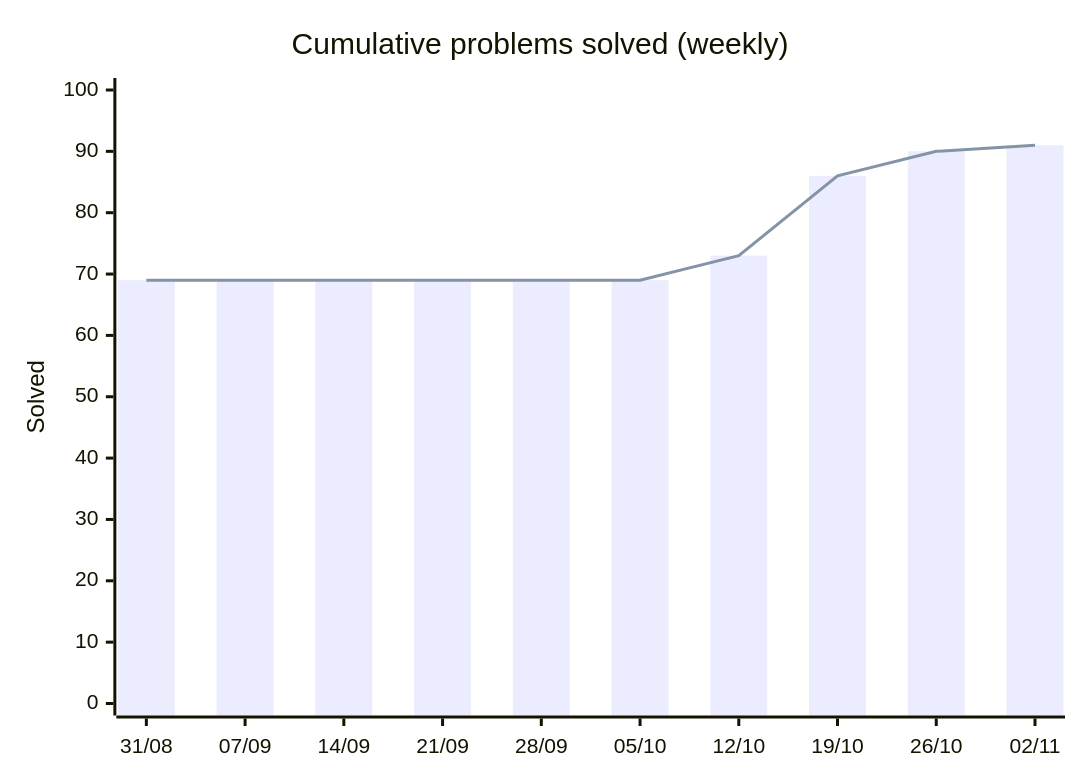
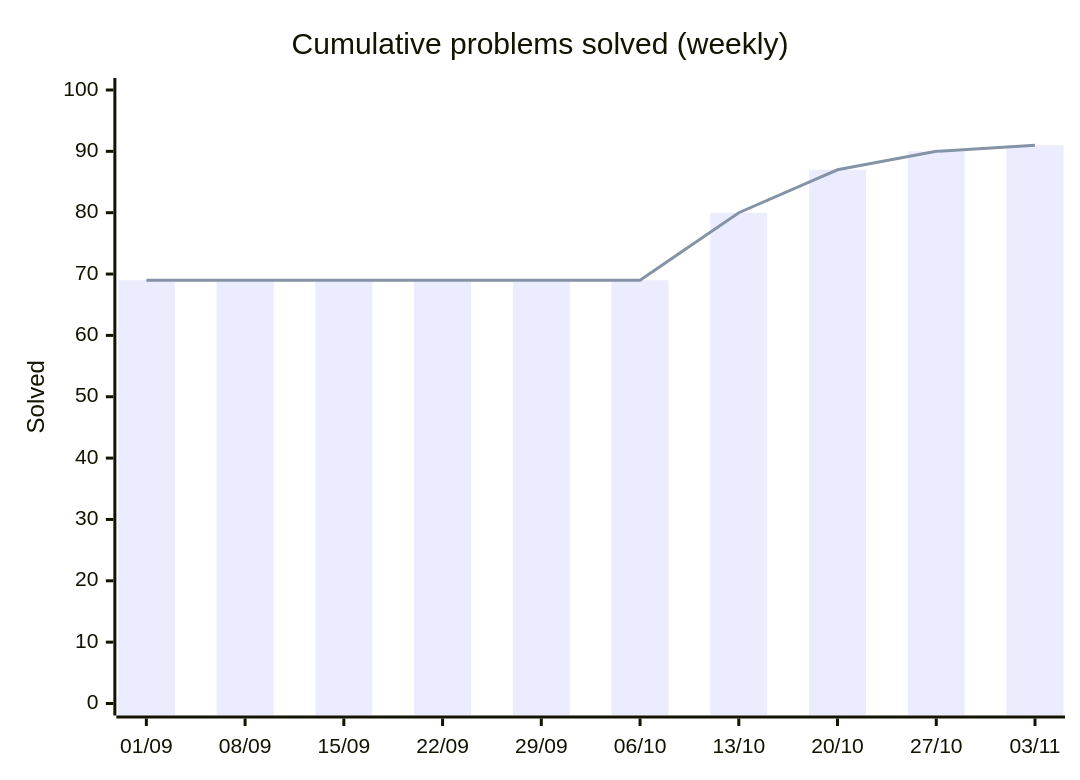
One commit to HarryTrn/TensorTonic-Solutions changed the first of 2 diagrams in README.md. Above: the diagram before and after it, drawn with Mermaid. The commit also changed other lines of this file, not shown here.

Commit message:
docs: auto-update README [skip ci]

````diff
--- a/README.md
+++ b/README.md
@@ -65,8 +65,8 @@
 ```mermaid
 xychart-beta
     title "Cumulative problems solved (weekly)"
-    x-axis ["31/08", "07/09", "14/09", "21/09", "28/09", "05/10", "12/10", "19/10", "26/10", "02/11"]
+    x-axis ["01/09", "08/09", "15/09", "22/09", "29/09", "06/10", "13/10", "20/10", "27/10", "03/11"]
     y-axis "Solved" 0 --> 100
-    bar [69, 69, 69, 69, 69, 69, 73, 86, 90, 91]
-    line [69, 69, 69, 69, 69, 69, 73, 86, 90, 91]
+    bar [69, 69, 69, 69, 69, 69, 80, 87, 90, 91]
+    line [69, 69, 69, 69, 69, 69, 80, 87, 90, 91]
 ```
````
